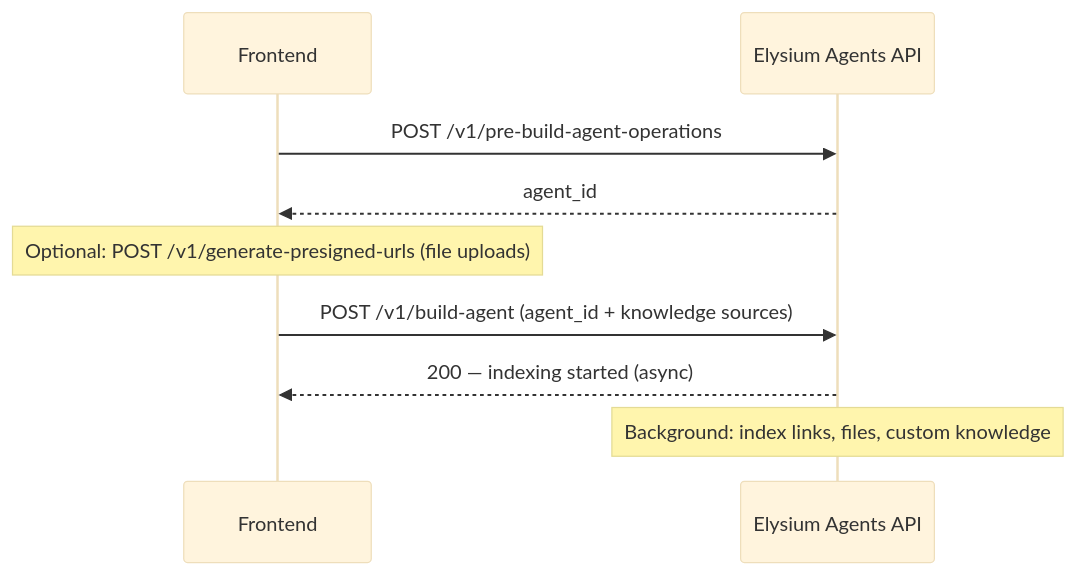
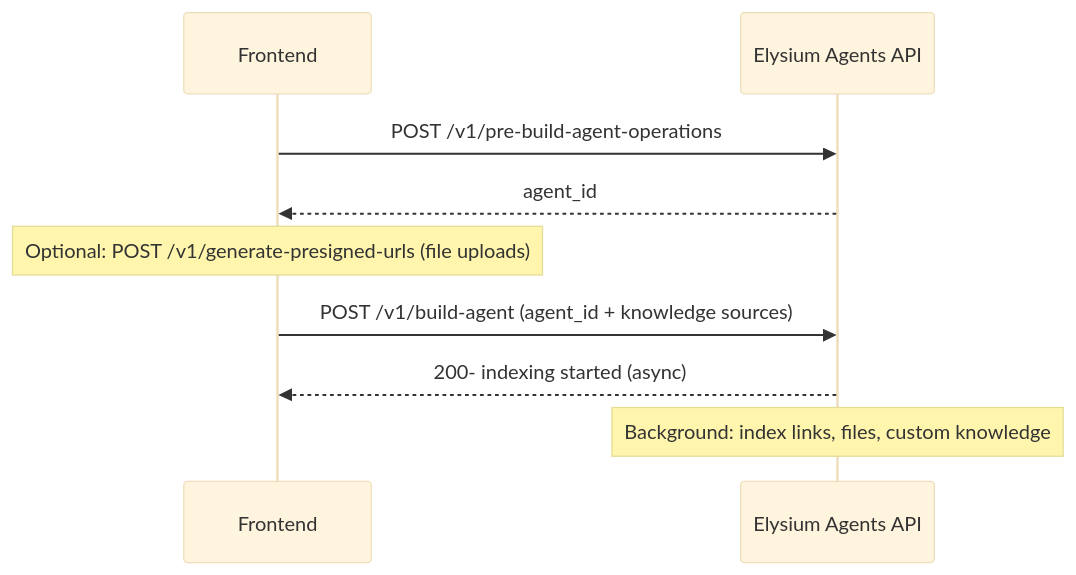
One commit to Shubhojeet-Ghosh/elysium-atlas changed the diagram in documentation/frontend-agent-create-update-api-guide.md. Above: the diagram before and after it, drawn with Mermaid (base theme). The commit also changed other lines of this file and 88 other files, not shown here.

````diff
--- a/documentation/frontend-agent-create-update-api-guide.md
+++ b/documentation/frontend-agent-create-update-api-guide.md
@@ -19,15 +19,15 @@
 ```mermaid
 sequenceDiagram
     participant FE as Frontend
     participant API as Elysium Agents API
 
     FE->>API: POST /v1/pre-build-agent-operations
     API-->>FE: agent_id
 
     Note over FE: Optional: POST /v1/generate-presigned-urls (file uploads)
 
     FE->>API: POST /v1/build-agent (agent_id + knowledge sources)
-    API-->>FE: 200 — indexing started (async)
+    API-->>FE: 200- indexing started (async)
 
     Note over API: Background: index links, files, custom knowledge
 ```
````
